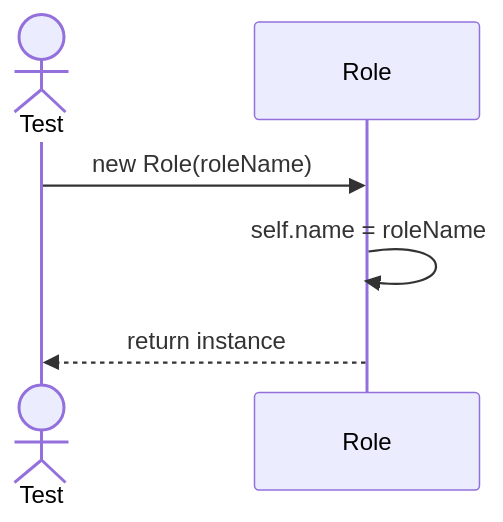
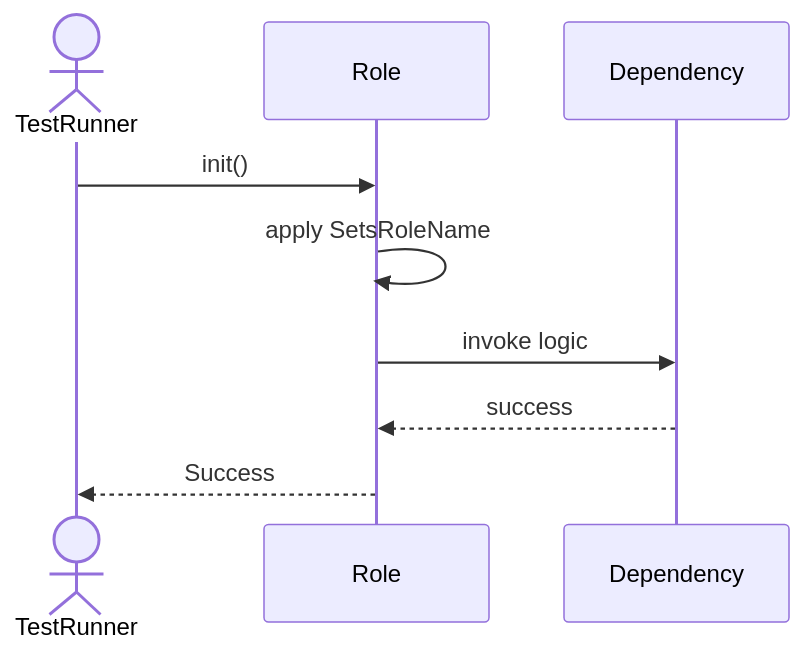
Before and after one commit to TamBui1706/DBMS: the first of 6 diagrams in Sequences/SecurityAccessControl/Role.md, drawn with Mermaid. The commit also changed other lines of this file and 63 other files, not shown here.

Commit message:
Draw sequence diagram for unit tests

````diff
--- a/Sequences/SecurityAccessControl/Role.md
+++ b/Sequences/SecurityAccessControl/Role.md
@@ -14,9 +19,10 @@
 ```mermaid
 sequenceDiagram
-    actor Test
+    actor TestRunner
     participant Role
-
-    Test->>Role: new Role(roleName)
-    Role->>Role: self.name = roleName
-    Role-->>Test: return instance
+    TestRunner->>Role: init()
+    Role->>Role: apply SetsRoleName
+    Role->>Dependency: invoke logic
+    Dependency-->>Role: success
+    Role-->>TestRunner: Success
 ```
````
